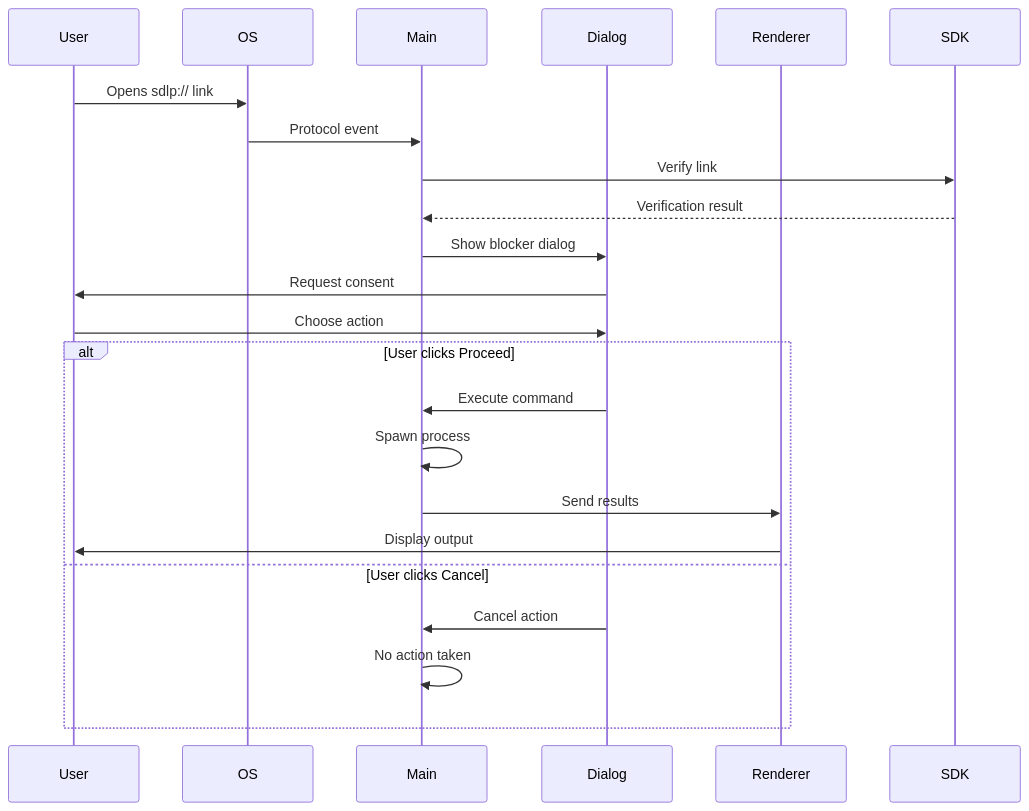
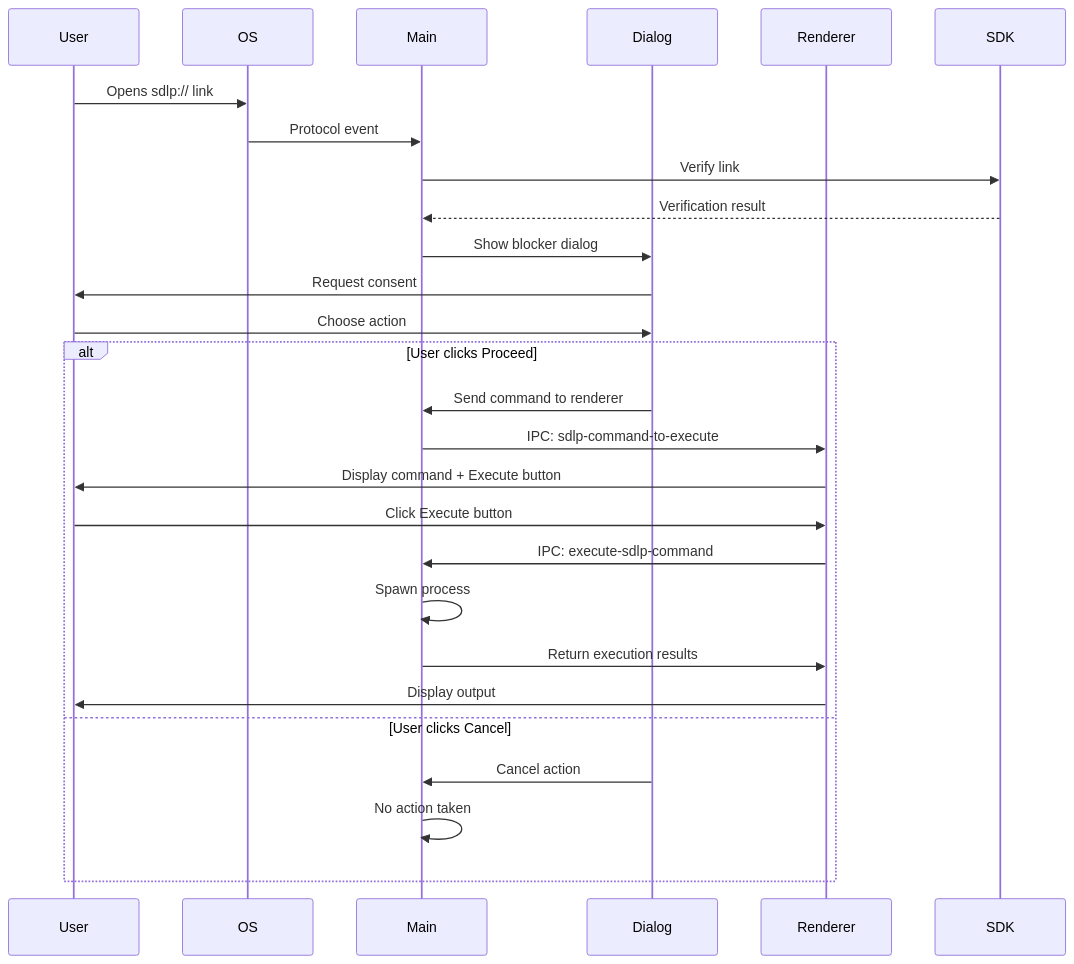
One commit to sdlp-org/sdlp changed the second of 3 diagrams in docs/diagrams/electron-demo-flow.md. Above: the diagram before and after it, drawn with Mermaid. The commit also changed other lines of this file and 10 other files, not shown here.

First line of the commit message:
feat: better execution flow in demo (#7)

````diff
--- a/docs/diagrams/electron-demo-flow.md
+++ b/docs/diagrams/electron-demo-flow.md
@@ -140,26 +146,30 @@
 ```mermaid
 sequenceDiagram
     participant User
     participant OS
     participant Main
     participant Dialog
     participant Renderer
     participant SDK
     
     User->>OS: Opens sdlp:// link
     OS->>Main: Protocol event
     Main->>SDK: Verify link
     SDK-->>Main: Verification result
     Main->>Dialog: Show blocker dialog
     Dialog->>User: Request consent
     User->>Dialog: Choose action
     alt User clicks Proceed
-        Dialog->>Main: Execute command
+        Dialog->>Main: Send command to renderer
+        Main->>Renderer: IPC: sdlp-command-to-execute
+        Renderer->>User: Display command + Execute button
+        User->>Renderer: Click Execute button
+        Renderer->>Main: IPC: execute-sdlp-command
         Main->>Main: Spawn process
-        Main->>Renderer: Send results
+        Main->>Renderer: Return execution results
         Renderer->>User: Display output
     else User clicks Cancel
         Dialog->>Main: Cancel action
         Main->>Main: No action taken
     end
 ```
````
